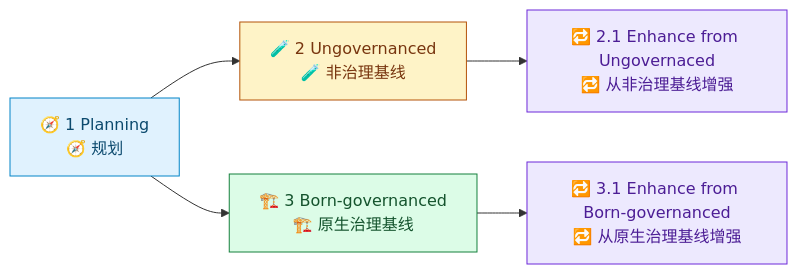
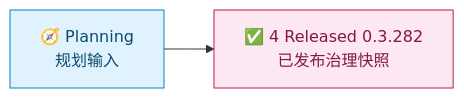
One commit to waynebaby/Techne-Loom changed the diagram in demos/loom-enhanced-research/README.zh-CN.md. Above: the diagram before and after it, drawn with Mermaid. The commit also changed other lines of this file and 185 other files, not shown here.

````diff
--- a/demos/loom-enhanced-research/README.zh-CN.md
+++ b/demos/loom-enhanced-research/README.zh-CN.md
@@ -20,18 +20,10 @@
 ```mermaid
 flowchart LR
-    p["🧭 1 Planning<br/>🧭 规划"] --> u["🧪 2 Ungovernanced<br/>🧪 非治理基线"]
-    p --> b["🏗️ 3 Born-governanced<br/>🏗️ 原生治理基线"]
-    u --> u2["🔁 2.1 Enhance from Ungovernaced<br/>🔁 从非治理基线增强"]
-    b --> b2["🔁 3.1 Enhance from Born-governanced<br/>🔁 从原生治理基线增强"]
+    p["🧭 Planning<br/>规划输入"] --> r["✅ 4 Released 0.3.282<br/>已发布治理快照"]
 
     p:::planning
-    u:::ungov
-    u2:::enhance
-    b:::governed
-    b2:::enhance
+    r:::release
 
     classDef planning fill:#E0F2FE,stroke:#0284C7,color:#0C4A6E;
-    classDef ungov fill:#FEF3C7,stroke:#B45309,color:#78350F;
-    classDef governed fill:#DCFCE7,stroke:#15803D,color:#14532D;
-    classDef enhance fill:#EDE9FE,stroke:#6D28D9,color:#4C1D95;
+    classDef release fill:#FCE7F3,stroke:#BE185D,color:#831843;
 ```
````
